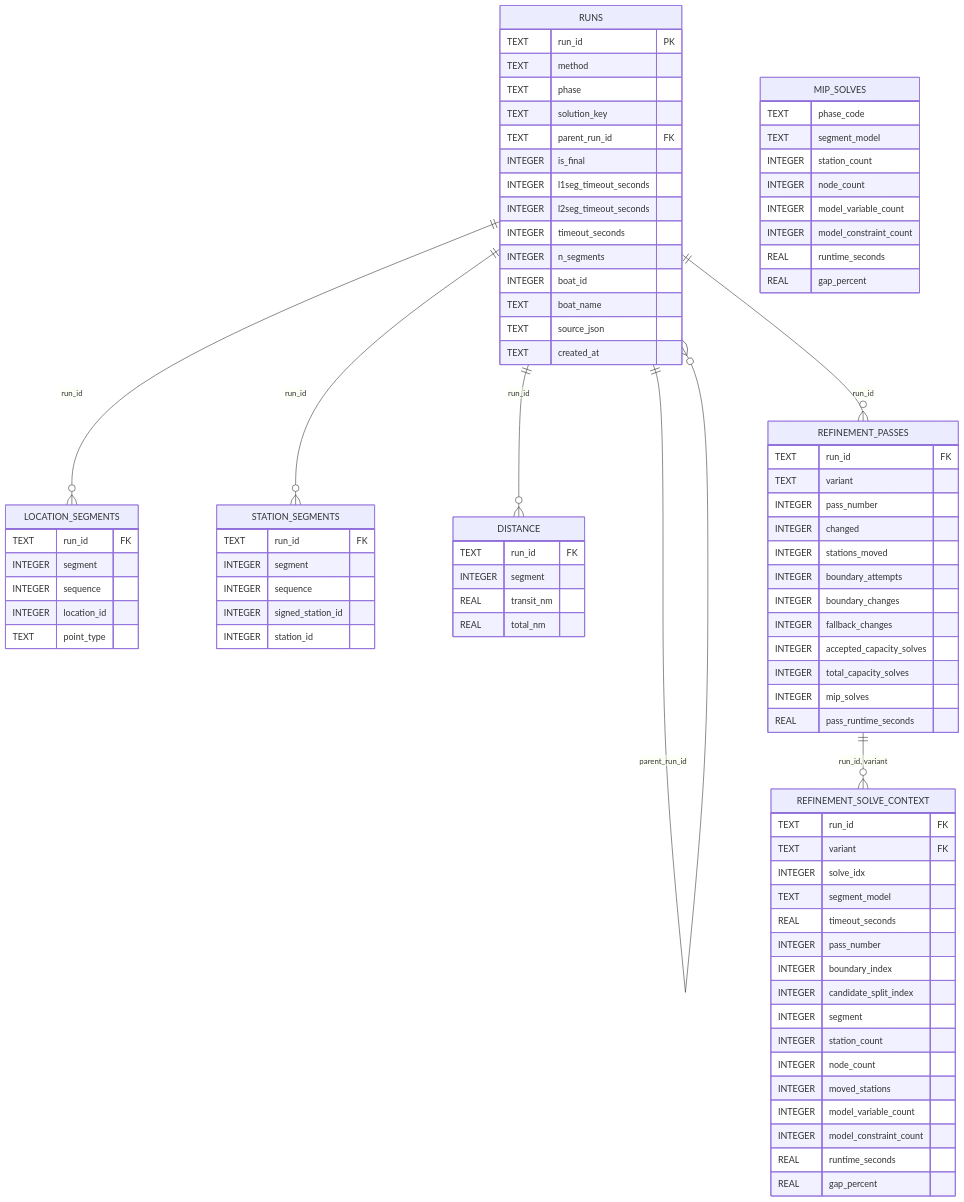
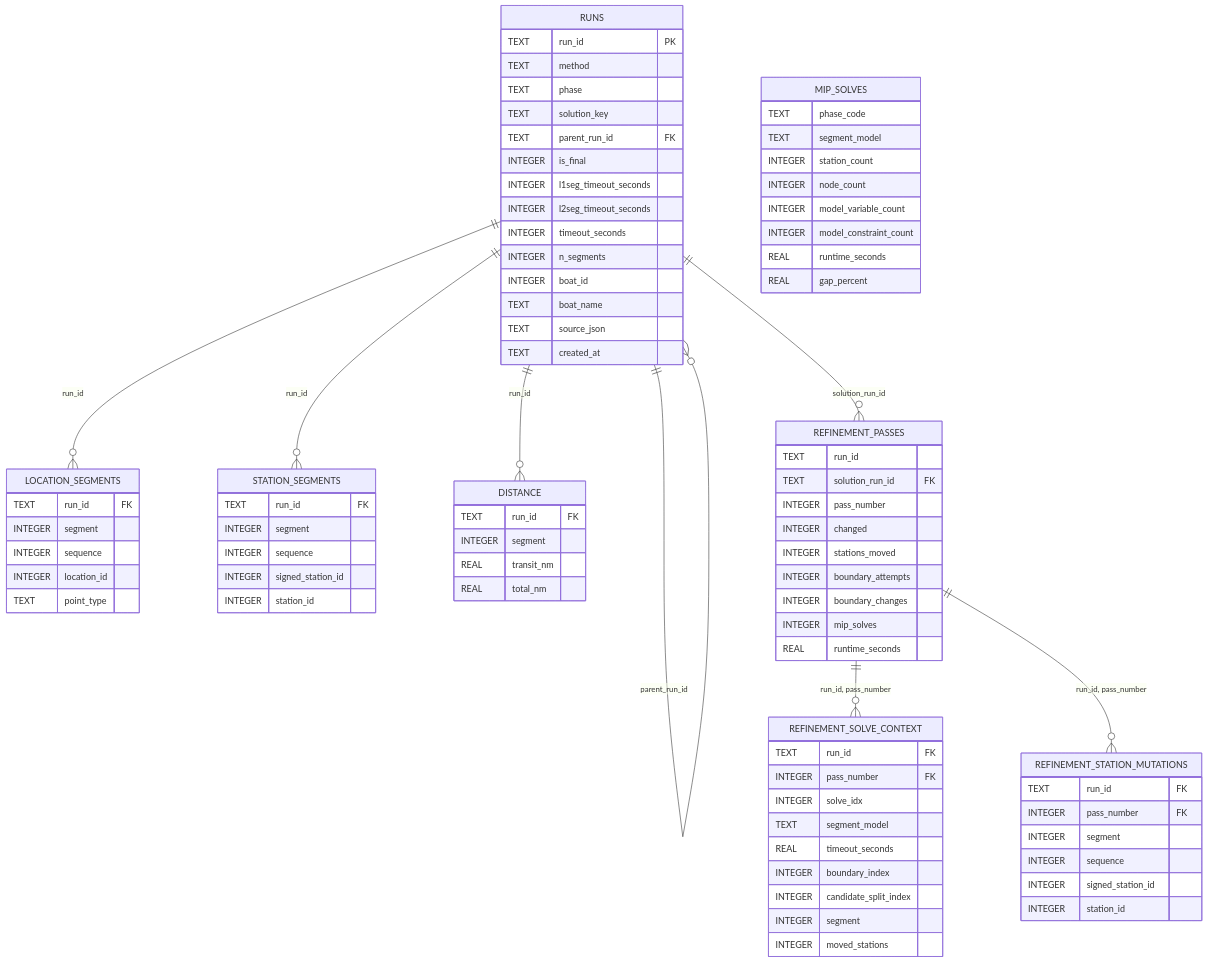
The second of 2 diagrams in dat/README.md (HI-IDN/groundfish-singlevessel-routing), drawn with Mermaid before and after one commit. The commit also changed other lines of this file and 8 other files, not shown here.

````diff
--- a/dat/README.md
+++ b/dat/README.md
@@ -190,43 +197,43 @@
     }
 
     REFINEMENT_PASSES {
-        TEXT run_id FK
-        TEXT variant
+        TEXT run_id
+        TEXT solution_run_id FK
         INTEGER pass_number
         INTEGER changed
         INTEGER stations_moved
         INTEGER boundary_attempts
         INTEGER boundary_changes
-        INTEGER fallback_changes
-        INTEGER accepted_capacity_solves
-        INTEGER total_capacity_solves
         INTEGER mip_solves
-        REAL pass_runtime_seconds
+        REAL runtime_seconds
     }
 
     REFINEMENT_SOLVE_CONTEXT {
         TEXT run_id FK
-        TEXT variant FK
+        INTEGER pass_number FK
         INTEGER solve_idx
         TEXT segment_model
         REAL timeout_seconds
-        INTEGER pass_number
         INTEGER boundary_index
         INTEGER candidate_split_index
         INTEGER segment
-        INTEGER station_count
-        INTEGER node_count
         INTEGER moved_stations
-        INTEGER model_variable_count
-        INTEGER model_constraint_count
-        REAL runtime_seconds
-        REAL gap_percent
+    }
+
+    REFINEMENT_STATION_MUTATIONS {
+        TEXT run_id FK
+        INTEGER pass_number FK
+        INTEGER segment
+        INTEGER sequence
+        INTEGER signed_station_id
+        INTEGER station_id
     }
 
     RUNS ||--o{ RUNS : "parent_run_id"
     RUNS ||--o{ LOCATION_SEGMENTS : "run_id"
     RUNS ||--o{ STATION_SEGMENTS : "run_id"
     RUNS ||--o{ DISTANCE : "run_id"
-    RUNS ||--o{ REFINEMENT_PASSES : "run_id"
-    REFINEMENT_PASSES ||--o{ REFINEMENT_SOLVE_CONTEXT : "run_id, variant"
+    RUNS ||--o{ REFINEMENT_PASSES : "solution_run_id"
+    REFINEMENT_PASSES ||--o{ REFINEMENT_SOLVE_CONTEXT : "run_id, pass_number"
+    REFINEMENT_PASSES ||--o{ REFINEMENT_STATION_MUTATIONS : "run_id, pass_number"
 ```
````
